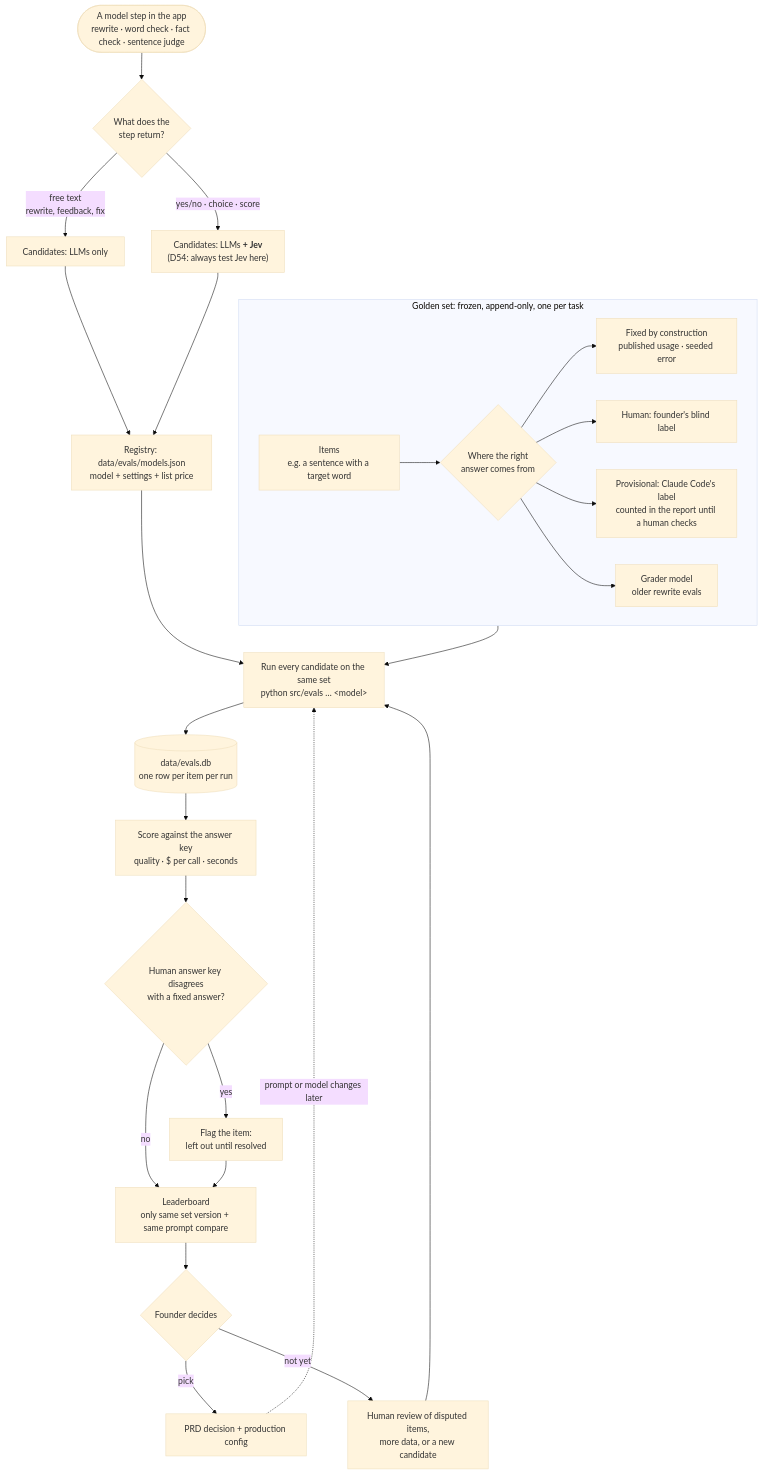
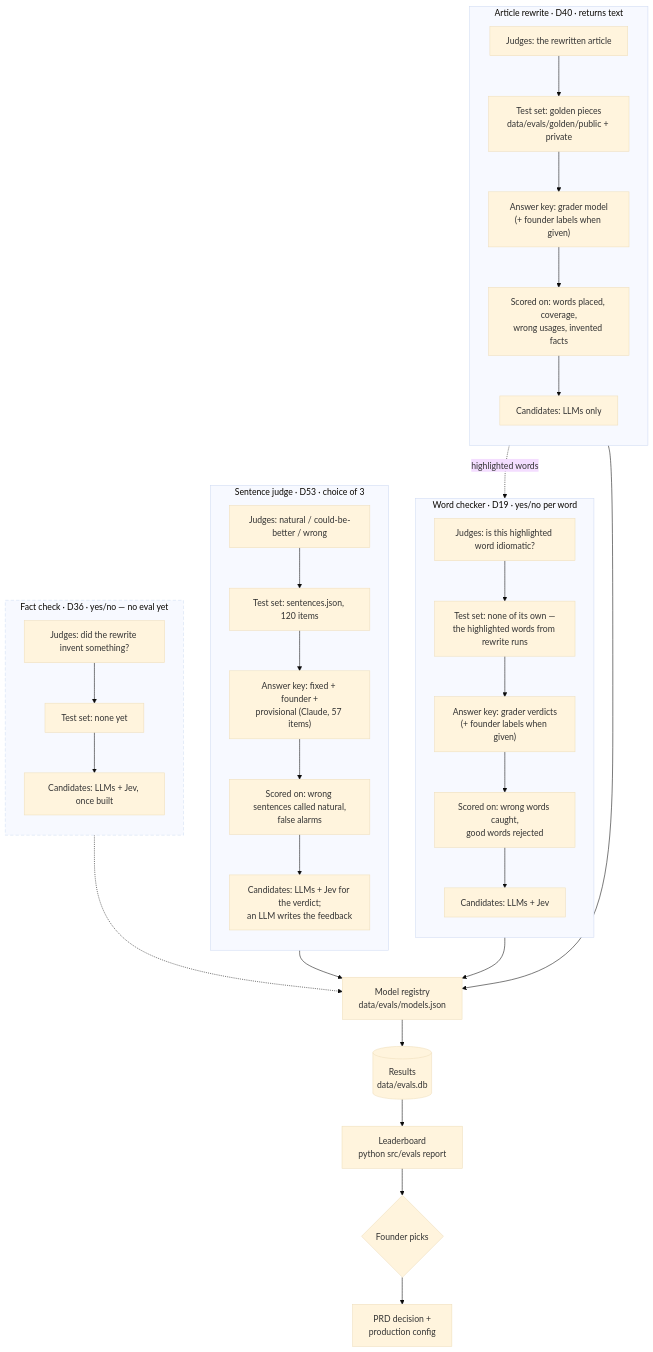
One commit to nurgazik/RetAIn changed the diagram in diagrams/model-evals.md. Above: the diagram before and after it, drawn with Mermaid (base theme). The commit also changed other lines of this file and 1 other file, not shown here.

Commit message:
Diagram: model evals as four lanes, one per eval, over shared machinery

````diff
--- a/diagrams/model-evals.md
+++ b/diagrams/model-evals.md
@@ -7,32 +7,56 @@
 ```mermaid
-flowchart TD
-    S([A model step in the app<br/>rewrite · word check · fact check · sentence judge]) --> Q{What does the<br/>step return?}
-    Q -- "free text<br/>rewrite, feedback, fix" --> L["Candidates: LLMs only"]
-    Q -- "yes/no · choice · score" --> J["Candidates: LLMs <b>+ Jev</b><br/>(D54: always test Jev here)"]
-    L --> R
-    J --> R
-
-    subgraph GOLD["Golden set: frozen, append-only, one per task"]
-        G1["Items<br/>e.g. a sentence with a target word"]
-        G2{"Where the right<br/>answer comes from"}
-        G1 --> G2
-        G2 --> K1["Fixed by construction<br/>published usage · seeded error"]
-        G2 --> K2["Human: founder's blind label"]
-        G2 --> K3["Provisional: Claude Code's label<br/>counted in the report until a human checks"]
-        G2 --> K4["Grader model<br/>older rewrite evals"]
+flowchart TB
+    subgraph REW["Article rewrite · D40 · returns text"]
+        direction TB
+        R1["Judges: the rewritten article"]
+        R2["Test set: golden pieces<br/>data/evals/golden/public + private"]
+        R3["Answer key: grader model<br/>(+ founder labels when given)"]
+        R4["Scored on: words placed, coverage,<br/>wrong usages, invented facts"]
+        R5["Candidates: LLMs only"]
+        R1 --> R2 --> R3 --> R4 --> R5
     end
 
-    R["Registry: data/evals/models.json<br/>model + settings + list price"] --> RUN["Run every candidate on the same set<br/>python src/evals … &lt;model&gt;"]
-    GOLD --> RUN
-    RUN --> DB[("data/evals.db<br/>one row per item per run")]
-    DB --> SC["Score against the answer key<br/>quality · $ per call · seconds"]
-    SC --> F{"Human answer key disagrees<br/>with a fixed answer?"}
-    F -- yes --> FL["Flag the item:<br/>left out until resolved"]
-    F -- no --> LB["Leaderboard<br/>only same set version + same prompt compare"]
-    FL --> LB
-    LB --> D{"Founder decides"}
-    D -- "pick" --> P["PRD decision + production config"]
-    D -- "not yet" --> H["Human review of disputed items,<br/>more data, or a new candidate"]
-    H --> RUN
-    P -. "prompt or model changes later" .-> RUN
+    subgraph CHK["Word checker · D19 · yes/no per word"]
+        direction TB
+        C1["Judges: is this highlighted word idiomatic?"]
+        C2["Test set: none of its own —<br/>the highlighted words from rewrite runs"]
+        C3["Answer key: grader verdicts<br/>(+ founder labels when given)"]
+        C4["Scored on: wrong words caught,<br/>good words rejected"]
+        C5["Candidates: LLMs + Jev"]
+        C1 --> C2 --> C3 --> C4 --> C5
+    end
+
+    subgraph SEN["Sentence judge · D53 · choice of 3"]
+        direction TB
+        S1["Judges: natural / could-be-better / wrong"]
+        S2["Test set: sentences.json, 120 items"]
+        S3["Answer key: fixed + founder +<br/>provisional (Claude, 57 items)"]
+        S4["Scored on: wrong sentences called natural,<br/>false alarms"]
+        S5["Candidates: LLMs + Jev for the verdict;<br/>an LLM writes the feedback"]
+        S1 --> S2 --> S3 --> S4 --> S5
+    end
+
+    subgraph FAC["Fact check · D36 · yes/no — no eval yet"]
+        direction TB
+        F1["Judges: did the rewrite invent something?"]
+        F2["Test set: none yet"]
+        F3["Candidates: LLMs + Jev, once built"]
+        F1 --> F2 --> F3
+    end
+
+    R2 -. "highlighted words" .-> C2
+
+    REG["Model registry<br/>data/evals/models.json"]
+    DB[("Results<br/>data/evals.db")]
+    LB["Leaderboard<br/>python src/evals report"]
+    PICK{"Founder picks"}
+    DEC["PRD decision +<br/>production config"]
+
+    R5 --> REG
+    C5 --> REG
+    S5 --> REG
+    F3 -.-> REG
+    REG --> DB --> LB --> PICK --> DEC
+
+    style FAC stroke-dasharray: 6 4
 ```
````
